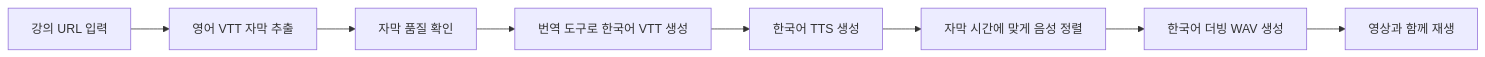
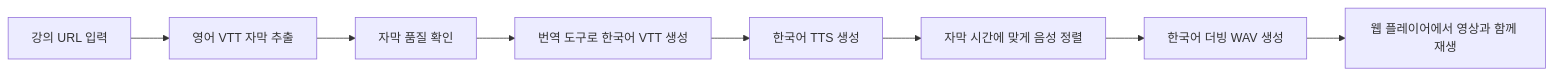
The diagram in README.md (HyunKN/lecture-dub), drawn with Mermaid before and after one commit. The commit also changed other lines of this file, not shown here.

````diff
--- a/README.md
+++ b/README.md
@@ -7,10 +7,10 @@
 ```mermaid
 flowchart LR
     A["강의 URL 입력"] --> B["영어 VTT 자막 추출"]
     B --> C["자막 품질 확인"]
     C --> D["번역 도구로 한국어 VTT 생성"]
     D --> E["한국어 TTS 생성"]
     E --> F["자막 시간에 맞게 음성 정렬"]
     F --> G["한국어 더빙 WAV 생성"]
-    G --> H["영상과 함께 재생"]
+    G --> H["웹 플레이어에서 영상과 함께 재생"]
 ```
````
